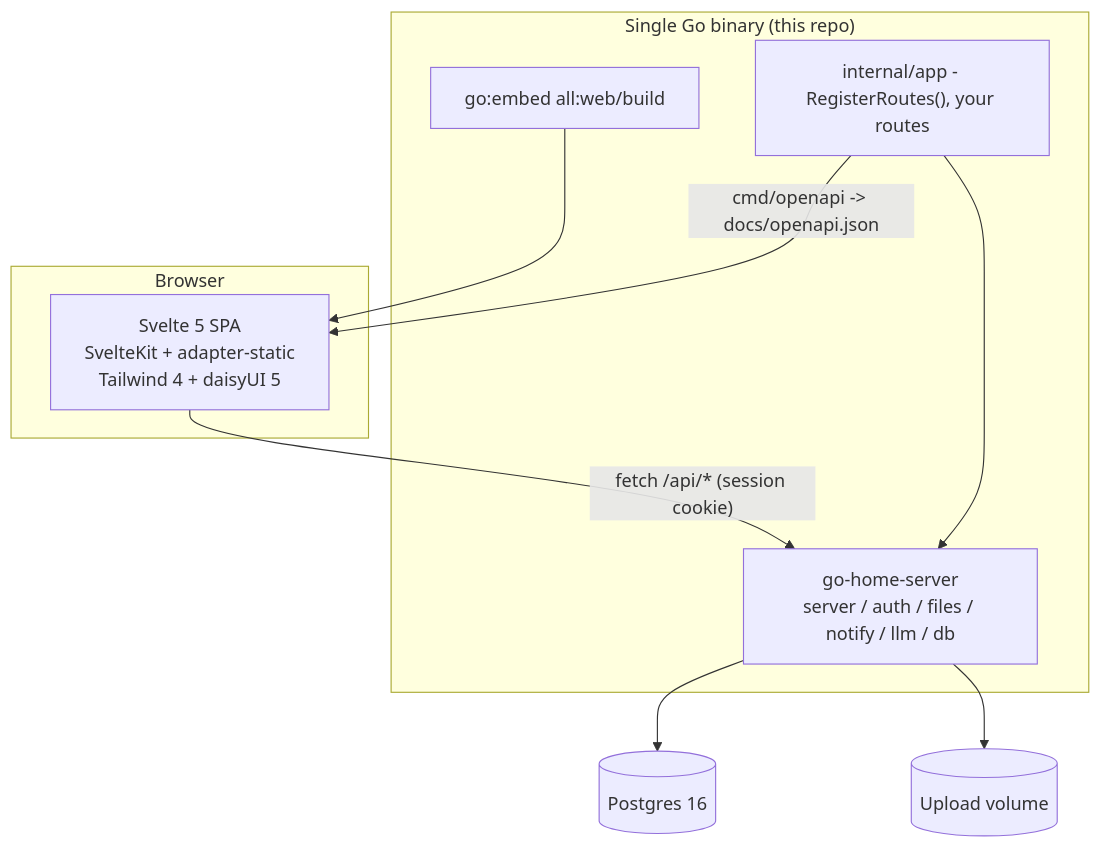
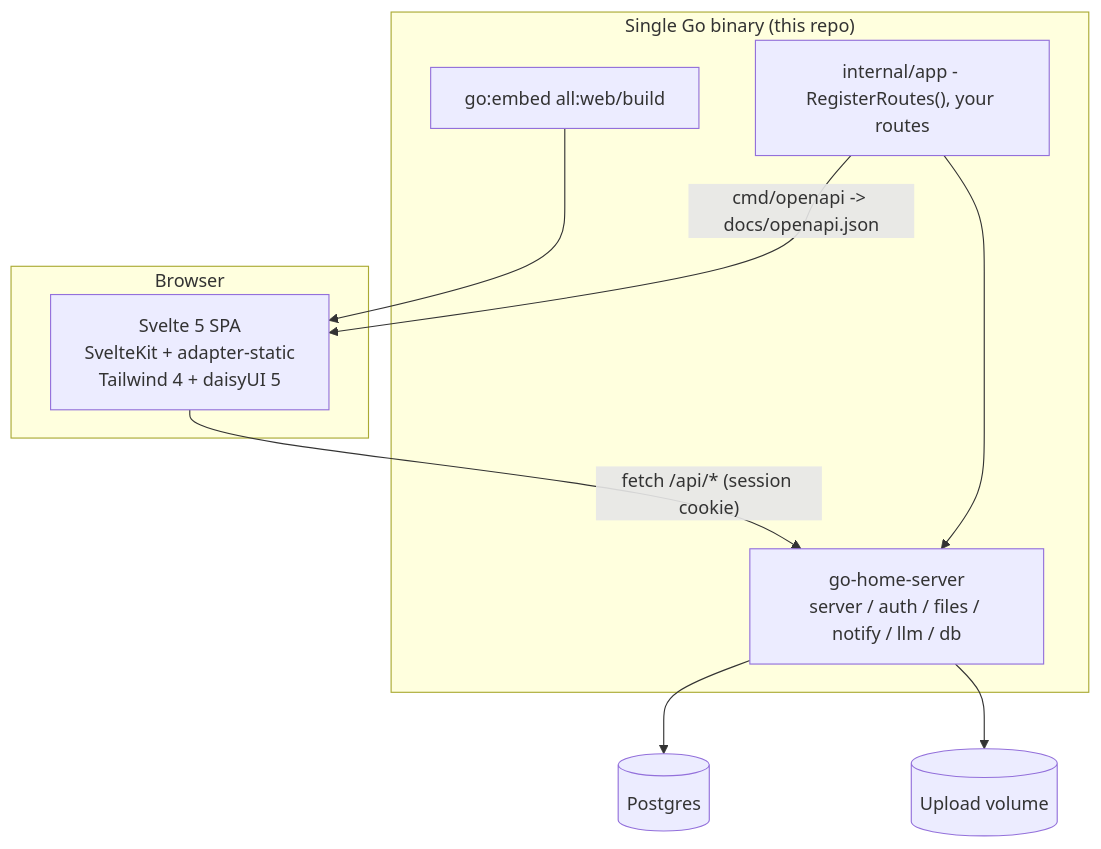
The diagram in docs/tech-stack.md (robert-crandall/go-home-template), drawn with Mermaid before and after one commit. The commit also changed other lines of this file and 1 other file, not shown here.

````diff
--- a/docs/tech-stack.md
+++ b/docs/tech-stack.md
@@ -34,22 +34,22 @@
 ```mermaid
 graph TD
   subgraph browser["Browser"]
     SPA["Svelte 5 SPA<br/>SvelteKit + adapter-static<br/>Tailwind 4 + daisyUI 5"]
   end
 
   subgraph binary["Single Go binary (this repo)"]
     EMBED["go:embed all:web/build"]
     APP["internal/app - RegisterRoutes(), your routes"]
     FOUND["go-home-server<br/>server / auth / files / notify / llm / db"]
   end
 
-  PG[("Postgres 16")]
+  PG[("Postgres")]
   DISK[("Upload volume")]
 
   SPA -->|"fetch /api/* (session cookie)"| FOUND
   EMBED --> SPA
   APP --> FOUND
   FOUND --> PG
   FOUND --> DISK
   APP -->|"cmd/openapi -> docs/openapi.json"| SPA
 ```
````
